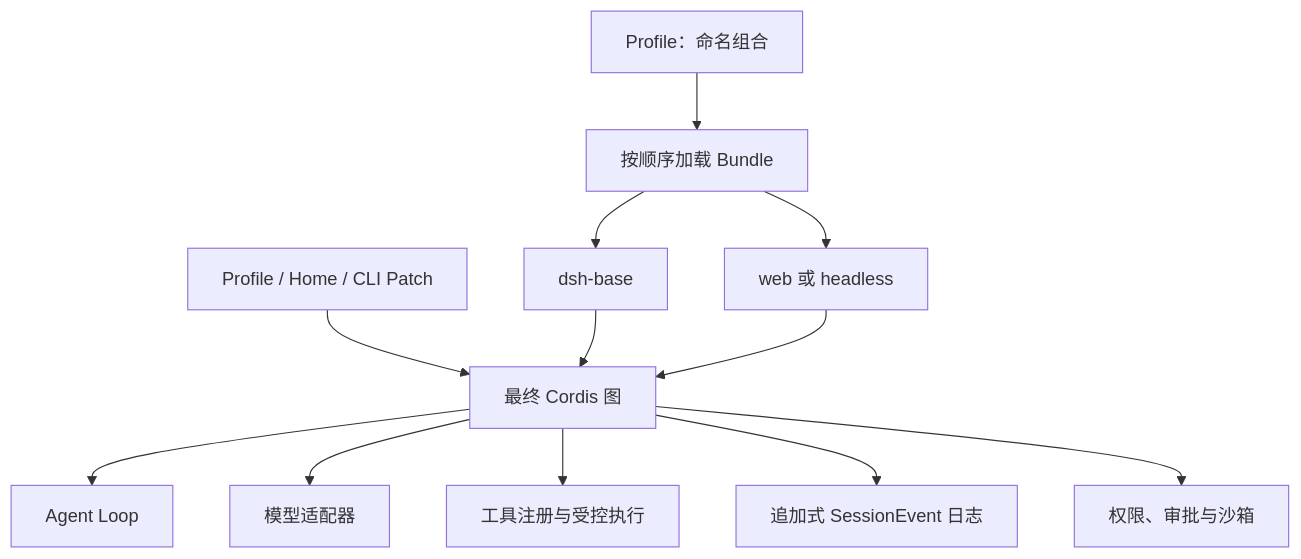
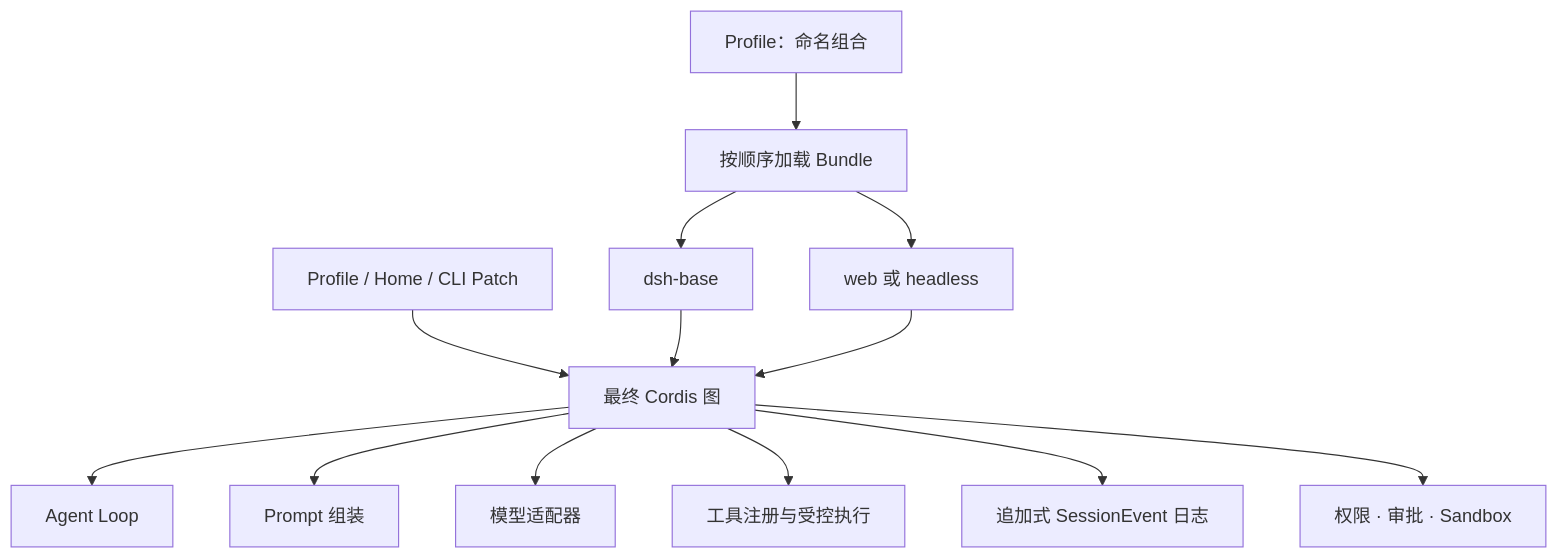
One commit to sandbaseai/deepseek-harness-handbook changed the second of 4 diagrams in docs/zh-CN/architecture/agent-runtime.md. Above: the diagram before and after it, drawn with Mermaid. The commit also changed other lines of this file and 4 other files, not shown here.

````diff
--- a/docs/zh-CN/architecture/agent-runtime.md
+++ b/docs/zh-CN/architecture/agent-runtime.md
@@ -14,14 +51,15 @@
 ```mermaid
 flowchart TB
   Profile["Profile：命名组合"] --> Bundles["按顺序加载 Bundle"]
   Bundles --> Base["dsh-base"]
   Bundles --> Surface["web 或 headless"]
   Patch["Profile / Home / CLI Patch"] --> Graph["最终 Cordis 图"]
   Base --> Graph
   Surface --> Graph
   Graph --> Loop["Agent Loop"]
+  Graph --> Prompt["Prompt 组装"]
   Graph --> LLM["模型适配器"]
   Graph --> Tools["工具注册与受控执行"]
   Graph --> Sessions["追加式 SessionEvent 日志"]
-  Graph --> Policy["权限、审批与沙箱"]
+  Graph --> Policy["权限 · 审批 · Sandbox"]
 ```
````
